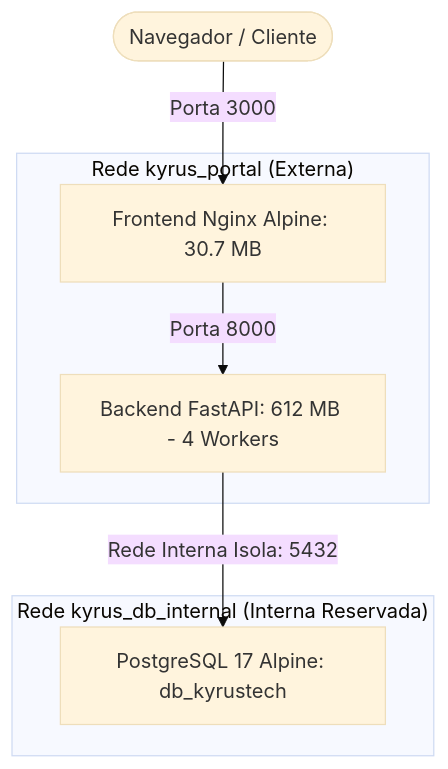
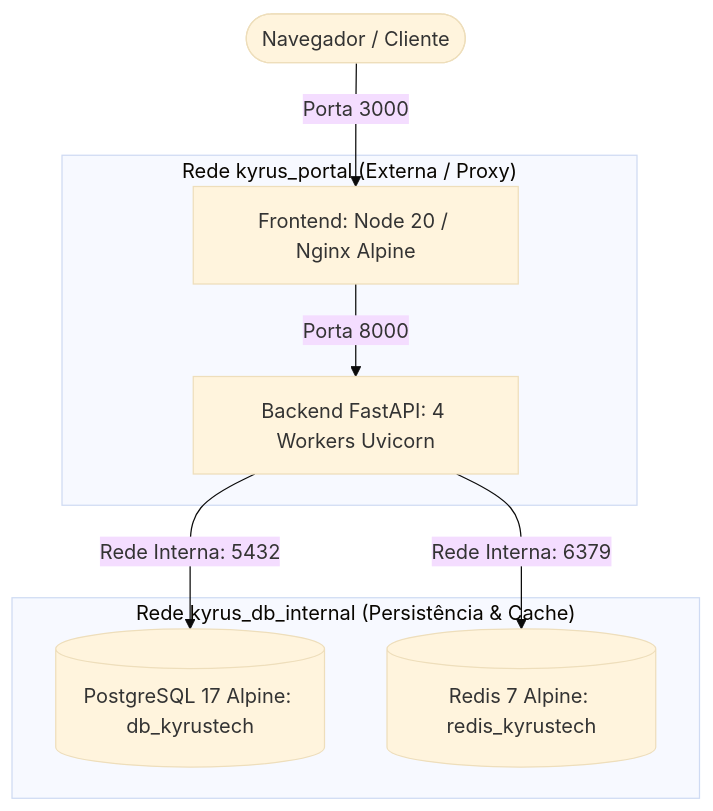
One commit to valfredodefarias/KyrusTech changed the first of 2 diagrams in docs/ARQUITETURA_E_STARTUP.md. Above: the diagram before and after it, drawn with Mermaid (base theme). The commit also changed other lines of this file and 90 other files, not shown here.

````diff
--- a/docs/ARQUITETURA_E_STARTUP.md
+++ b/docs/ARQUITETURA_E_STARTUP.md
@@ -13,15 +13,17 @@
 ```mermaid
 graph TD
-    User([Navegador / Cliente]) -->|Porta 3000| Nginx[Frontend Nginx Alpine: 30.7 MB]
-    Nginx -->|Porta 8000| Backend[Backend FastAPI: 612 MB - 4 Workers]
-    Backend -->|Rede Interna Isola: 5432| Postgres[PostgreSQL 17 Alpine: db_kyrustech]
+    User([Navegador / Cliente]) -->|Porta 3000| Nginx[Frontend: Node 20 / Nginx Alpine]
+    Nginx -->|Porta 8000| Backend[Backend FastAPI: 4 Workers Uvicorn]
+    Backend -->|Rede Interna: 5432| Postgres[(PostgreSQL 17 Alpine: db_kyrustech)]
+    Backend -->|Rede Interna: 6379| Redis[(Redis 7 Alpine: redis_kyrustech)]
     
-    subgraph "Rede kyrus_portal (Externa)"
+    subgraph "Rede kyrus_portal (Externa / Proxy)"
         Nginx
         Backend
     end
 
-    subgraph "Rede kyrus_db_internal (Interna Reservada)"
+    subgraph "Rede kyrus_db_internal (Persistência & Cache)"
         Postgres
+        Redis
     end
 ```
````
